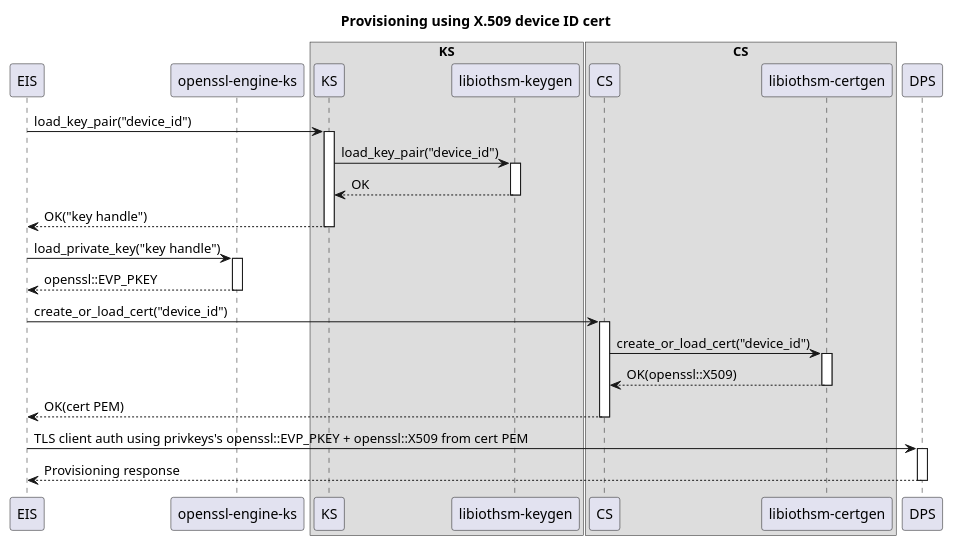
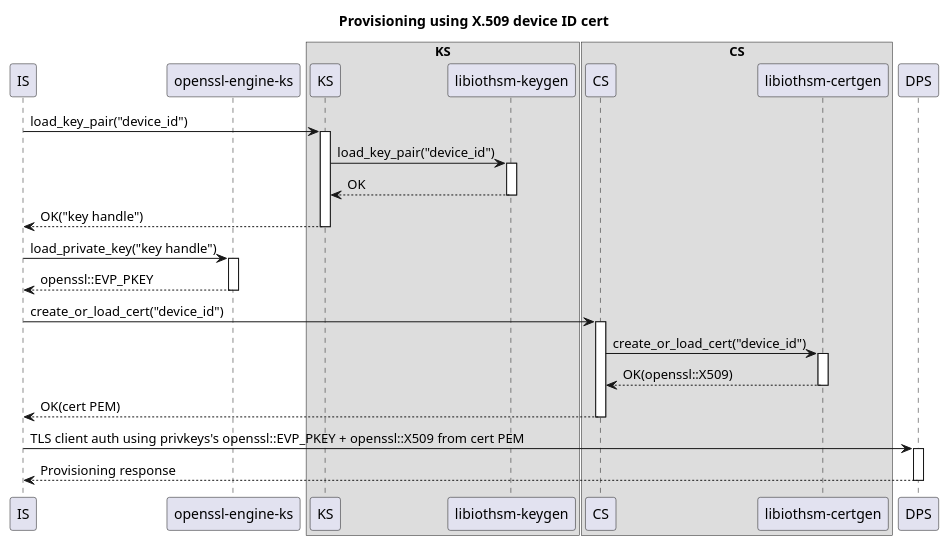
Before and after one commit to varunpuranik/edgev2: the diagram in provisioning-x509deviceid.plantuml, drawn with PlantUML. The commit also changed 4 other files, not shown here.

```diff
--- a/provisioning-x509deviceid.plantuml
+++ b/provisioning-x509deviceid.plantuml
@@ -1,35 +1,35 @@
 @startuml
 
 title Provisioning using X.509 device ID cert
 
-participant EIS
+participant IS
 participant "openssl-engine-ks"
 
 box KS
 participant KS
 participant "libiothsm-keygen"
 end box
 
 box CS
 participant CS
 participant "libiothsm-certgen"
 end box
 
 participant DPS
 
-EIS -> KS ++: load_key_pair("device_id")
+IS -> KS ++: load_key_pair("device_id")
 KS -> "libiothsm-keygen" ++: load_key_pair("device_id")
 return OK
 return OK("key handle")
-EIS -> "openssl-engine-ks" ++: load_private_key("key handle")
+IS -> "openssl-engine-ks" ++: load_private_key("key handle")
 return openssl::EVP_PKEY
 
-EIS -> CS ++: create_or_load_cert("device_id")
+IS -> CS ++: create_or_load_cert("device_id")
 CS -> "libiothsm-certgen" ++: create_or_load_cert("device_id")
 return OK(openssl::X509)
 return OK(cert PEM)
 
-EIS -> DPS ++: TLS client auth using privkeys's openssl::EVP_PKEY + openssl::X509 from cert PEM
+IS -> DPS ++: TLS client auth using privkeys's openssl::EVP_PKEY + openssl::X509 from cert PEM
 return Provisioning response
 
 @enduml
```
